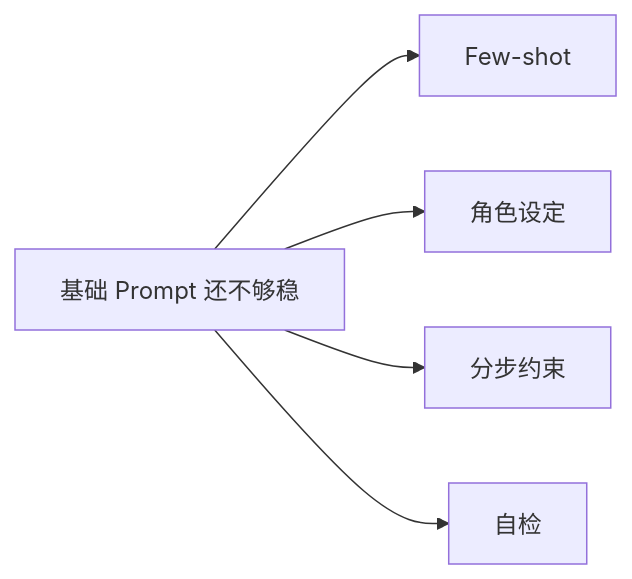
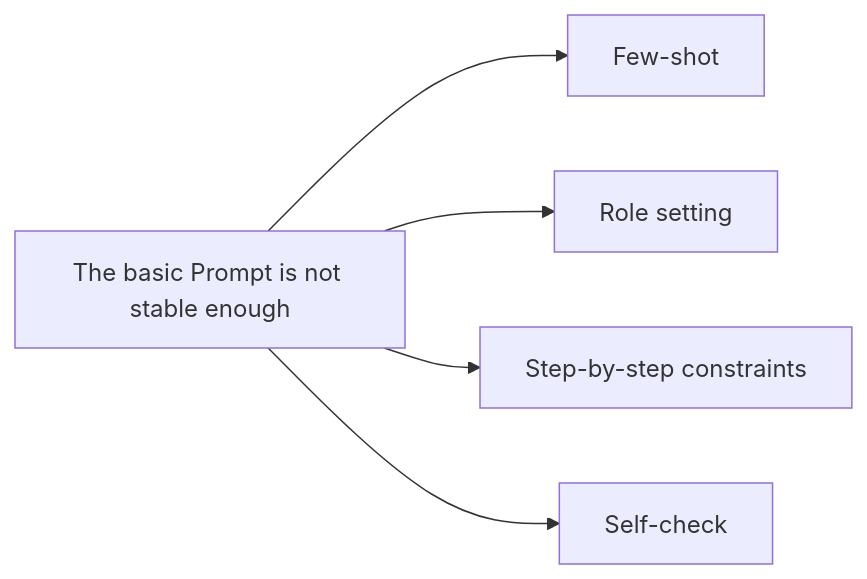
The diagram in docs/ch07-llm-principles/ch05-prompt/02-advanced-prompting.md (oudbiao/AI-fullstack-course), drawn with Mermaid before and after one commit. The commit also changed other lines of this file and 1406 other files, not shown here.

````diff
--- a/docs/ch07-llm-principles/ch05-prompt/02-advanced-prompting.md
+++ b/docs/ch07-llm-principles/ch05-prompt/02-advanced-prompting.md
@@ -34,7 +34,7 @@
 ```mermaid
 flowchart LR
-    A["基础 Prompt 还不够稳"] --> B["Few-shot"]
-    A --> C["角色设定"]
-    A --> D["分步约束"]
-    A --> E["自检"]
+    A["The basic Prompt is not stable enough"] --> B["Few-shot"]
+    A --> C["Role setting"]
+    A --> D["Step-by-step constraints"]
+    A --> E["Self-check"]
 ```
````
